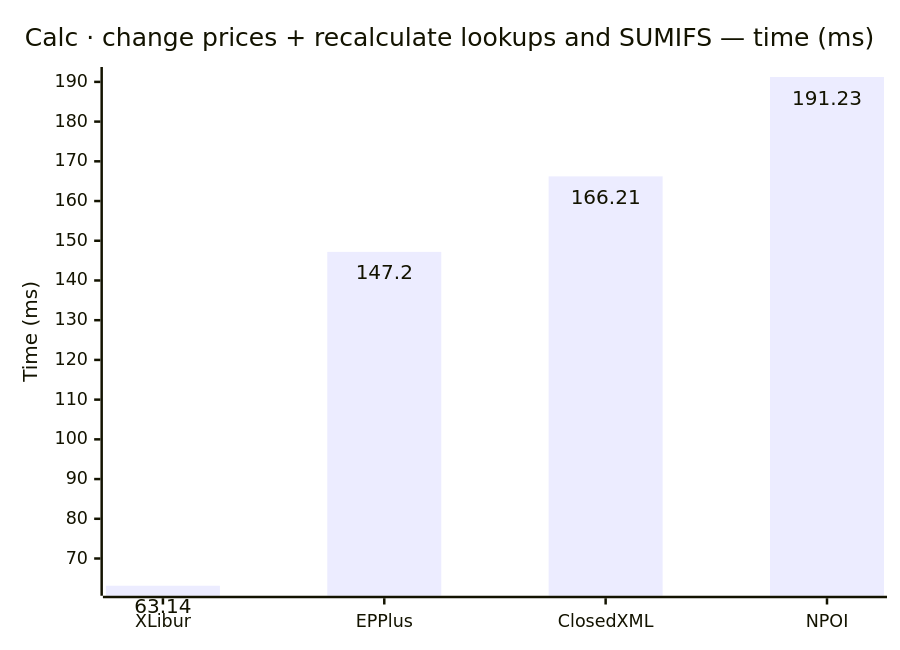
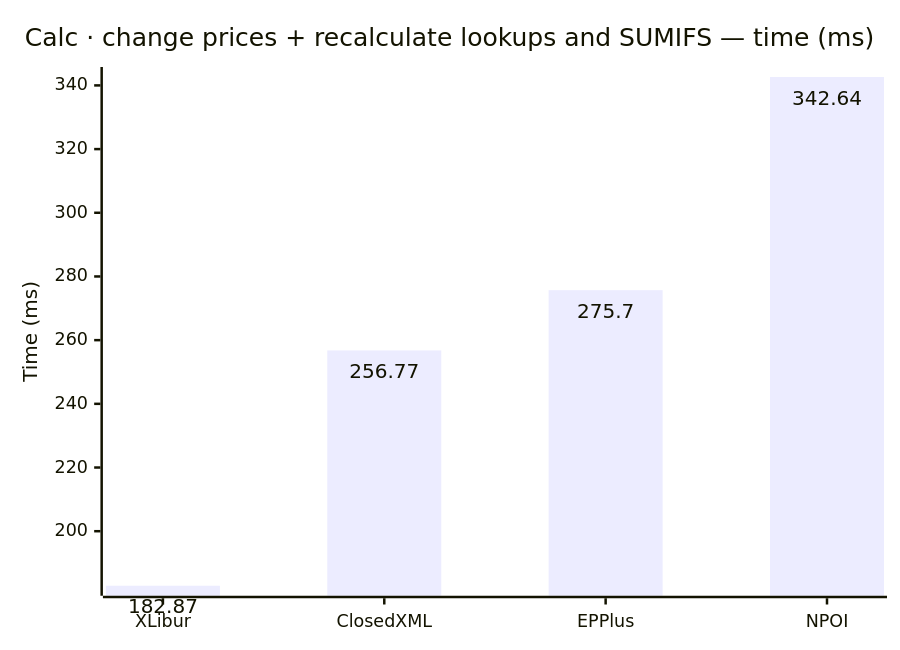
Diagram 15 of 18 in docs/results-ci.md (jafin/XLBench), drawn with Mermaid before and after one commit. The commit also changed other lines of this file, not shown here.

````diff
--- a/docs/results-ci.md
+++ b/docs/results-ci.md
@@ -225,12 +225,12 @@
 ```mermaid
 ---
 config:
   xyChart:
     showDataLabel: true
 ---
 xychart-beta
     title "Calc · change prices + recalculate lookups and SUMIFS — time (ms)"
-    x-axis ["XLibur", "EPPlus", "ClosedXML", "NPOI"]
+    x-axis ["XLibur", "ClosedXML", "EPPlus", "NPOI"]
     y-axis "Time (ms)"
-    bar [63.14, 147.2, 166.21, 191.23]
+    bar [182.87, 256.77, 275.7, 342.64]
 ```
````
